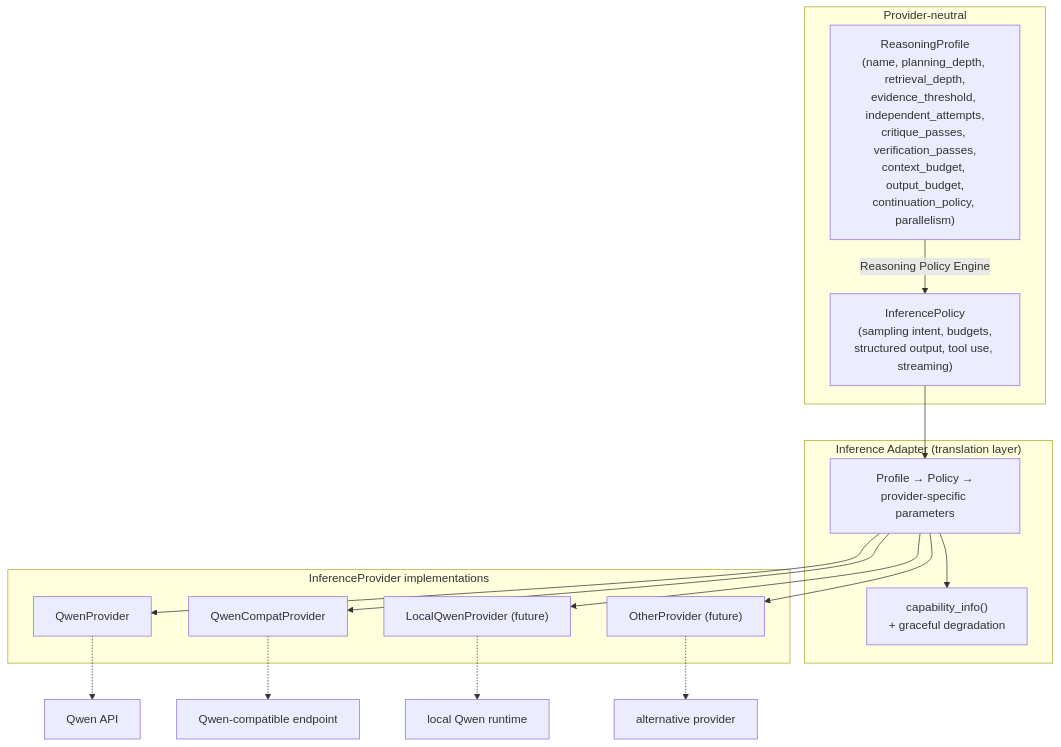
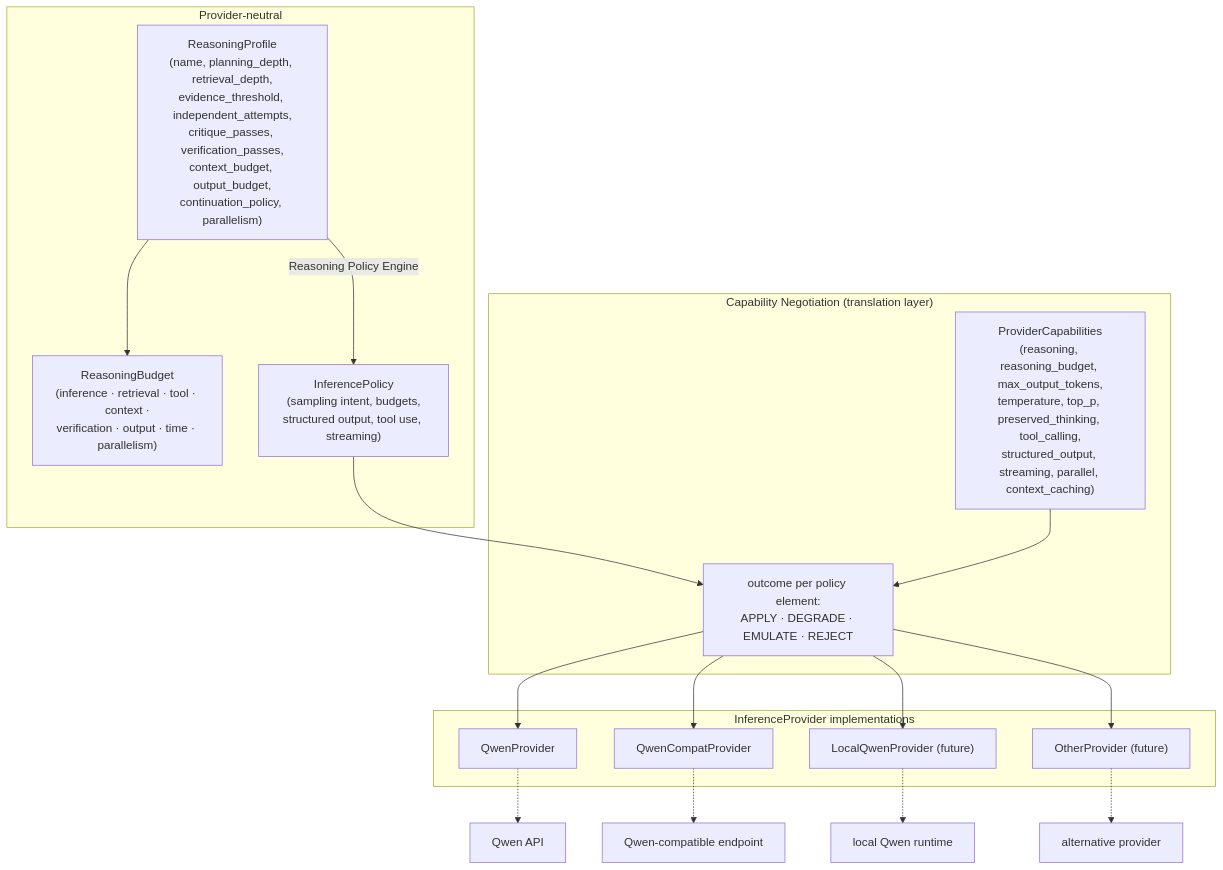
The first of 2 diagrams in docs/architecture/diagrams/inference-abstraction.md (mitem743351/qwen), drawn with Mermaid before and after one commit. The commit also changed other lines of this file and 28 other files, not shown here.

````diff
--- a/docs/architecture/diagrams/inference-abstraction.md
+++ b/docs/architecture/diagrams/inference-abstraction.md
@@ -3,32 +3,34 @@
 ```mermaid
 flowchart TD
     subgraph POLICY["Provider-neutral"]
         RP["ReasoningProfile<br/>(name, planning_depth, retrieval_depth,<br/>evidence_threshold, independent_attempts,<br/>critique_passes, verification_passes,<br/>context_budget, output_budget,<br/>continuation_policy, parallelism)"]
+        RB["ReasoningBudget<br/>(inference · retrieval · tool · context ·<br/>verification · output · time · parallelism)"]
         IP["InferencePolicy<br/>(sampling intent, budgets,<br/>structured output, tool use, streaming)"]
     end
 
-    subgraph SEAM["Inference Adapter (translation layer)"]
-        MAP["Profile → Policy →<br/>provider-specific parameters"]
-        CAP["capability_info()<br/>+ graceful degradation"]
+    subgraph SEAM["Capability Negotiation (translation layer)"]
+        CAP["ProviderCapabilities<br/>(reasoning, reasoning_budget, max_output_tokens,<br/>temperature, top_p, preserved_thinking, tool_calling,<br/>structured_output, streaming, parallel, context_caching)"]
+        NEG["outcome per policy element:<br/>APPLY · DEGRADE · EMULATE · REJECT"]
     end
 
     subgraph PROVIDERS["InferenceProvider implementations"]
         Q1["QwenProvider"]
         Q2["QwenCompatProvider"]
         Q3["LocalQwenProvider (future)"]
         Q4["OtherProvider (future)"]
     end
 
+    RP --> RB
     RP -->|"Reasoning Policy Engine"| IP
-    IP --> MAP
-    MAP --> CAP
-    MAP --> Q1
-    MAP --> Q2
-    MAP --> Q3
-    MAP --> Q4
+    IP --> NEG
+    CAP --> NEG
+    NEG --> Q1
+    NEG --> Q2
+    NEG --> Q3
+    NEG --> Q4
 
     Q1 -.-> B1["Qwen API"]
     Q2 -.-> B2["Qwen-compatible endpoint"]
     Q3 -.-> B3["local Qwen runtime"]
     Q4 -.-> B4["alternative provider"]
 ```
````
